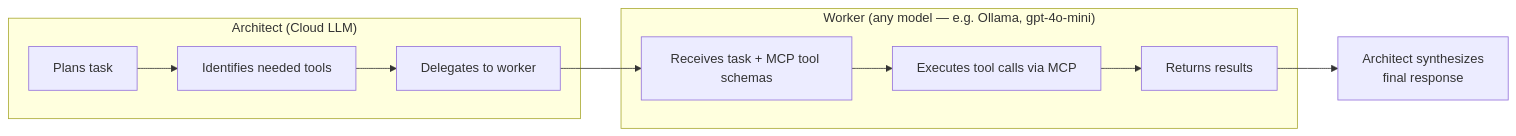
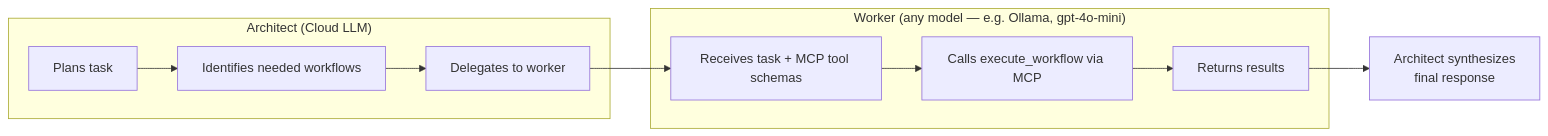
One commit to OpenPawz/openpawz changed the second of 2 diagrams in guides/mcp-bridge.mdx. Above: the diagram before and after it, drawn with Mermaid. The commit also changed other lines of this file and 18 other files, not shown here.

First line of the commit message:
Update architecture for workflow-level MCP (not individual node tools)

````diff
--- a/guides/mcp-bridge.mdx
+++ b/guides/mcp-bridge.mdx
@@ -86,13 +103,13 @@
 ```mermaid actions={false}
 graph LR
     subgraph Cloud["Architect (Cloud LLM)"]
-        A["Plans task"] --> B["Identifies needed tools"]
+        A["Plans task"] --> B["Identifies needed workflows"]
         B --> C["Delegates to worker"]
     end
     subgraph Local["Worker (any model — e.g. Ollama, gpt-4o-mini)"]
         C --> D["Receives task + MCP tool schemas"]
-        D --> E["Executes tool calls via MCP"]
+        D --> E["Calls execute_workflow via MCP"]
         E --> F["Returns results"]
     end
     F --> G["Architect synthesizes\nfinal response"]
 ```
````
